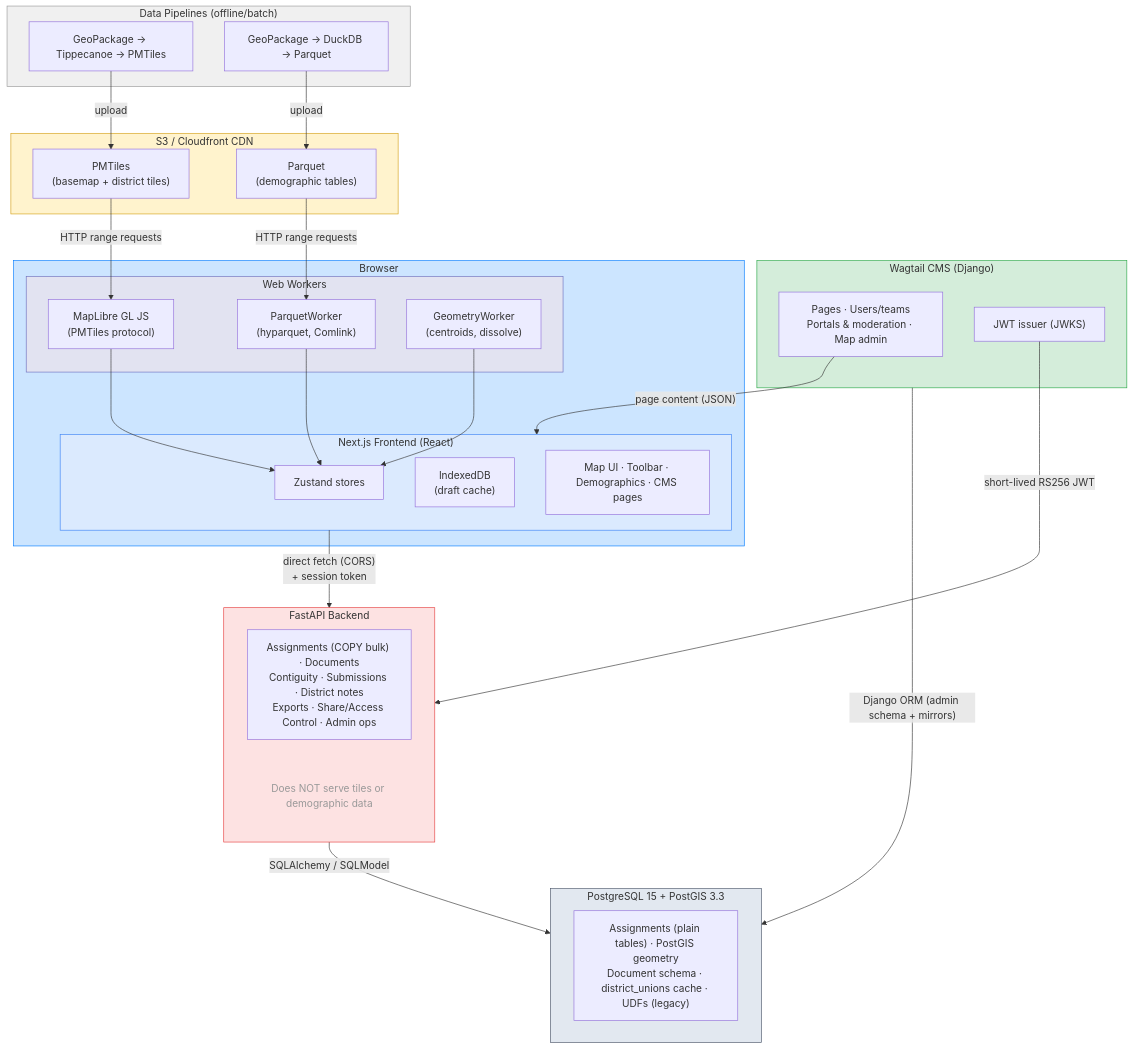
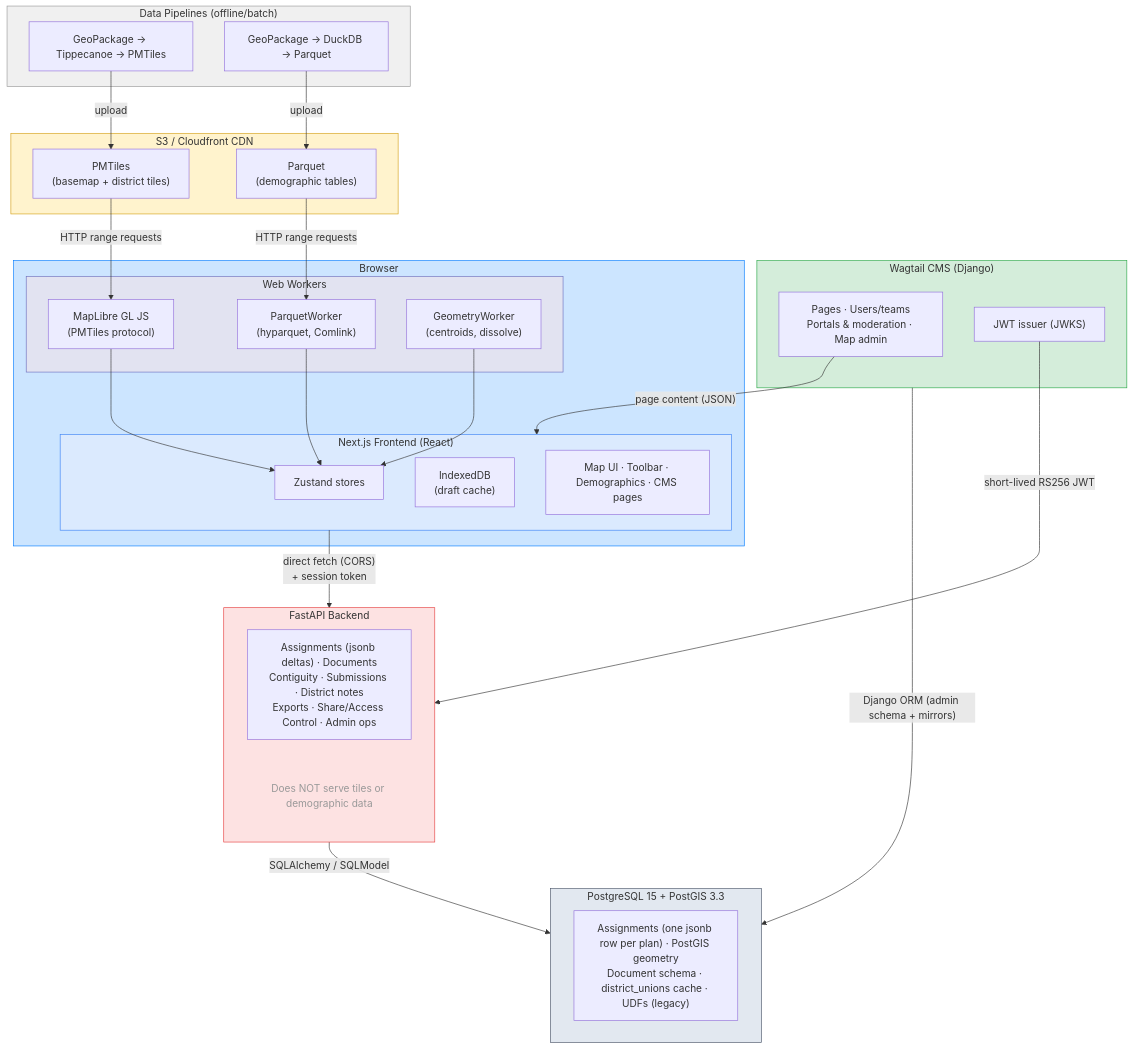
One commit to districtr/districtr-v2 changed the diagram in docs/architecture.md. Above: the diagram before and after it, drawn with Mermaid. The commit also changed other lines of this file and 31 other files, not shown here.

First line of the commit message:
Store assignments as one jsonb row; save deltas checked by hash

````diff
--- a/docs/architecture.md
+++ b/docs/architecture.md
@@ -7,62 +7,62 @@
 ```mermaid
 graph TD
     subgraph Pipelines["Data Pipelines (offline/batch)"]
         P1["GeoPackage → Tippecanoe → PMTiles"]
         P2["GeoPackage → DuckDB → Parquet"]
     end
 
     subgraph S3["S3 / Cloudfront CDN"]
         Tiles["PMTiles<br/>(basemap + district tiles)"]
         Parquet["Parquet<br/>(demographic tables)"]
     end
 
     subgraph CMS["Wagtail CMS (Django)"]
         Content["Pages · Users/teams<br/>Portals & moderation · Map admin"]
         Issuer["JWT issuer (JWKS)"]
     end
 
     subgraph Browser["Browser"]
         subgraph Workers["Web Workers"]
             MapLibre["MapLibre GL JS<br/>(PMTiles protocol)"]
             PW["ParquetWorker<br/>(hyparquet, Comlink)"]
             GW["GeometryWorker<br/>(centroids, dissolve)"]
         end
         subgraph App["Next.js Frontend (React)"]
             Zustand["Zustand stores"]
             IDB["IndexedDB<br/>(draft cache)"]
             UI["Map UI · Toolbar · Demographics · CMS pages"]
         end
     end
 
     subgraph API["FastAPI Backend"]
-        Endpoints["Assignments (COPY bulk) · Documents<br/>Contiguity · Submissions · District notes<br/>Exports · Share/Access Control · Admin ops"]
+        Endpoints["Assignments (jsonb deltas) · Documents<br/>Contiguity · Submissions · District notes<br/>Exports · Share/Access Control · Admin ops"]
         Note["Does NOT serve tiles or demographic data"]
     end
 
     subgraph DB["PostgreSQL 15 + PostGIS 3.3"]
-        Tables["Assignments (plain tables) · PostGIS geometry<br/>Document schema · district_unions cache · UDFs (legacy)"]
+        Tables["Assignments (one jsonb row per plan) · PostGIS geometry<br/>Document schema · district_unions cache · UDFs (legacy)"]
     end
 
     P1 -->|upload| Tiles
     P2 -->|upload| Parquet
     Tiles -->|HTTP range requests| MapLibre
     Parquet -->|HTTP range requests| PW
     Content -->|"page content (JSON)"| App
     Issuer -->|"short-lived RS256 JWT"| API
     CMS -->|"Django ORM (admin schema + mirrors)"| DB
     MapLibre --> Zustand
     PW --> Zustand
     GW --> Zustand
     App -->|"direct fetch (CORS)<br/>+ session token"| API
     API -->|SQLAlchemy / SQLModel| DB
 
     style Pipelines fill:#f0f0f0,stroke:#999
     style S3 fill:#fff3cd,stroke:#d4a017
     style CMS fill:#d4edda,stroke:#28a745
     style Browser fill:#cce5ff,stroke:#007bff
     style Workers fill:#e2e3f1,stroke:#6c6fbd
     style App fill:#dbeafe,stroke:#3b82f6
     style API fill:#fde2e2,stroke:#e53e3e
     style DB fill:#e2e8f0,stroke:#4a5568
     style Note fill:none,stroke:none,color:#999
 ```
````
